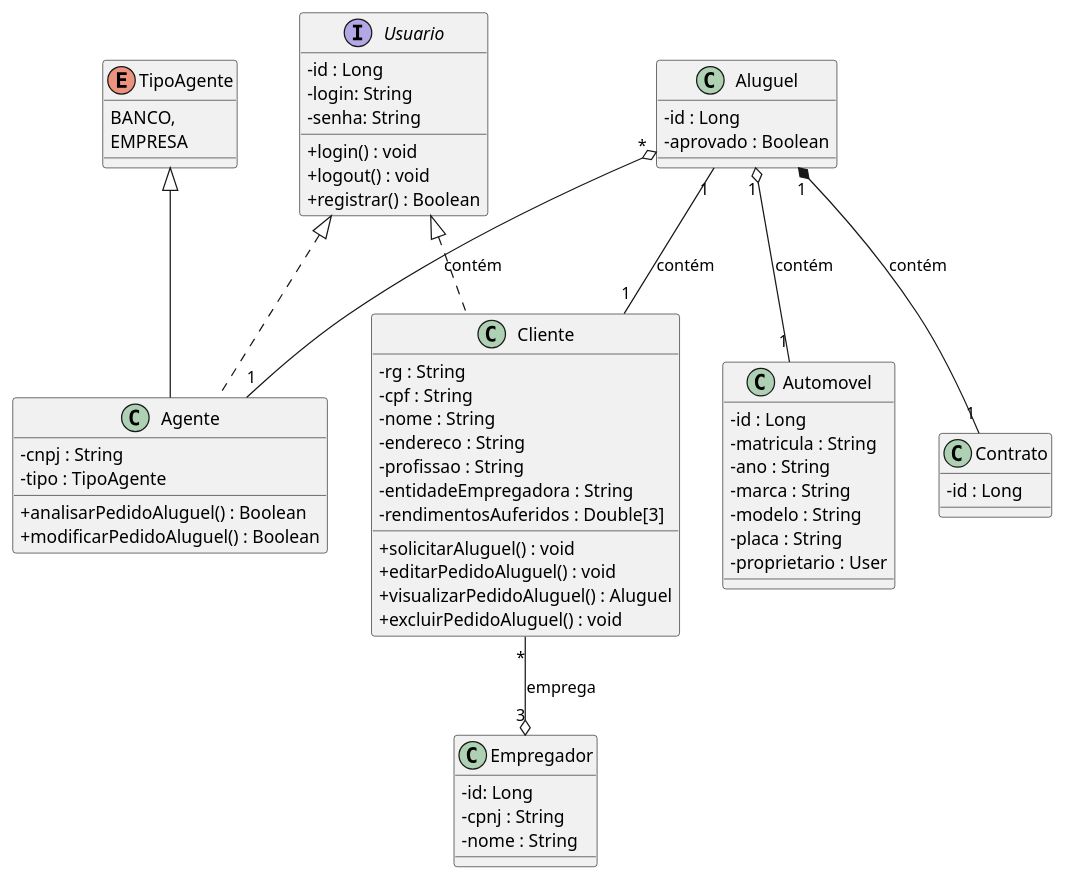
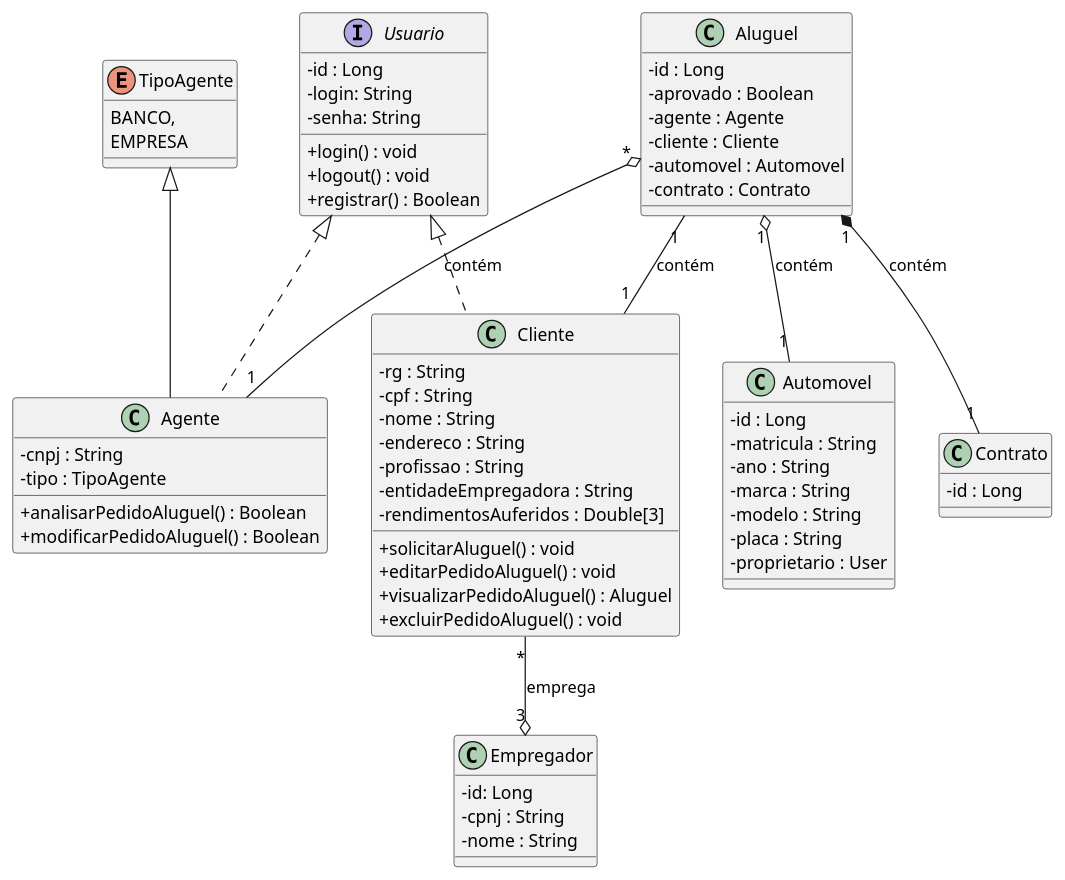
The diagram in project/docs/DiagramaDeClasse.puml (milenalara/sistema-de-aluguel-de-carros), drawn with PlantUML before and after one commit.

Commit message:
updates diagrama de classes

```diff
--- a/project/docs/DiagramaDeClasse.puml
+++ b/project/docs/DiagramaDeClasse.puml
@@ -1,73 +1,77 @@
 @startuml Diagrama
 skinparam classAttributeIconSize 0
 
 Usuario <|.. Agente
 Usuario <|.. Cliente
 Aluguel "1" *-- "1" Contrato : contém
 Aluguel "1" -- "1" Cliente : contém
 Aluguel "1" o-- "1" Automovel : contém
 Aluguel "*" o-- "1" Agente : contém
 Cliente "*" --o "3" Empregador : emprega
 TipoAgente <|-- Agente
 
 interface Usuario {
     -id : Long
     -login: String
     -senha: String
     +login() : void
     +logout() : void
     +registrar() : Boolean
 }
 
 class Cliente {
     -rg : String
     -cpf : String
     -nome : String
     -endereco : String
     -profissao : String
     -entidadeEmpregadora : String
     -rendimentosAuferidos : Double[3]
     +solicitarAluguel() : void
     +editarPedidoAluguel() : void
     +visualizarPedidoAluguel() : Aluguel
     +excluirPedidoAluguel() : void
 }
 
 class Agente {
     -cnpj : String
     -tipo : TipoAgente
     +analisarPedidoAluguel() : Boolean
     +modificarPedidoAluguel() : Boolean
 }
 
 enum TipoAgente{
     BANCO,
     EMPRESA
 }
 
 class Empregador {
     -id: Long
     -cpnj : String
     -nome : String
 }
 
 class Aluguel {
     -id : Long
     -aprovado : Boolean
+    -agente : Agente
+    -cliente : Cliente
+    -automovel : Automovel
+    -contrato : Contrato
 }
 
 class Contrato {
     -id : Long
 }
 
 class Automovel {
     -id : Long
     -matricula : String
     -ano : String
     -marca : String
     -modelo : String
     -placa : String
     -proprietario : User
 }
 
 @enduml
```
